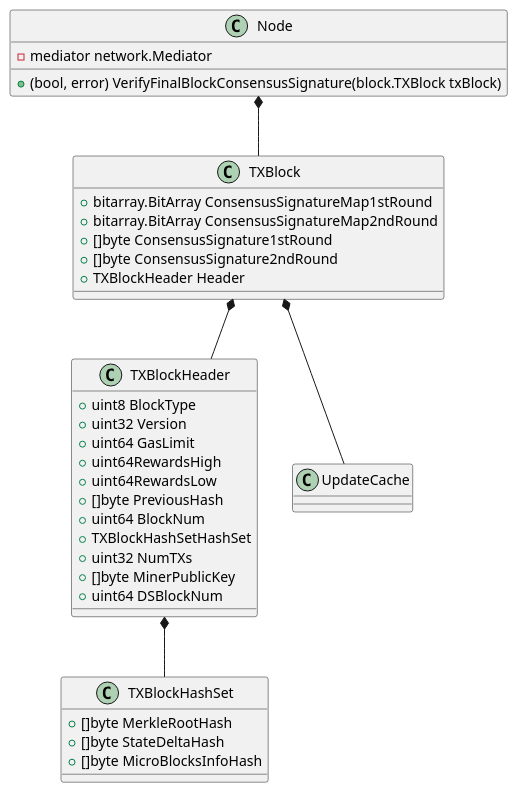
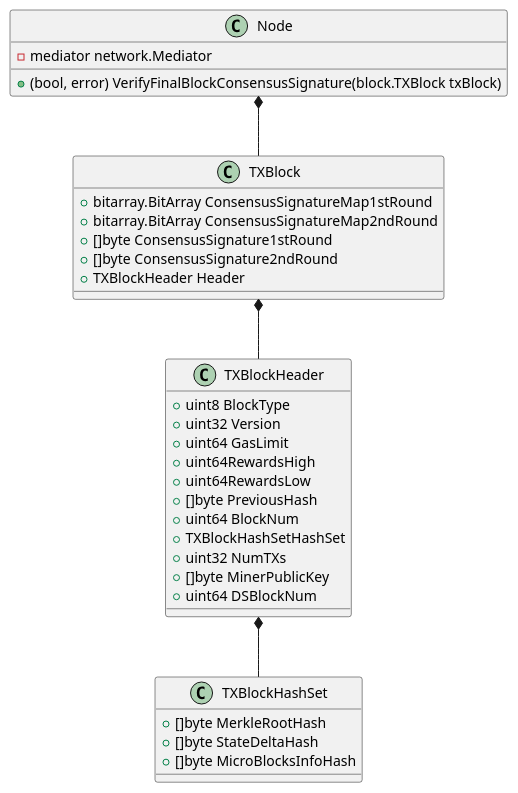
One commit to marciogualtieri/blockchain changed the diagram in uml/classes.plantuml. Above: the diagram before and after it, drawn with PlantUML.

Commit message:
Fixed class diagram

```diff
--- a/uml/classes.plantuml
+++ b/uml/classes.plantuml
@@ -1,39 +1,38 @@
 @startuml
 class Node {
     -mediator network.Mediator
     +(bool, error) VerifyFinalBlockConsensusSignature(block.TXBlock txBlock)
 }
 
 class TXBlock {
 	+bitarray.BitArray ConsensusSignatureMap1stRound
 	+bitarray.BitArray ConsensusSignatureMap2ndRound
 	+[]byte ConsensusSignature1stRound
 	+[]byte ConsensusSignature2ndRound
 	+TXBlockHeader Header
 }
 
 class TXBlockHashSet {
 	+[]byte MerkleRootHash
 	+[]byte StateDeltaHash
 	+[]byte MicroBlocksInfoHash
 }
 
 class TXBlockHeader {
 	+uint8 BlockType
 	+uint32 Version
 	+uint64 GasLimit
 	+uint64RewardsHigh
 	+uint64RewardsLow
 	+[]byte PreviousHash
 	+uint64 BlockNum
 	+TXBlockHashSetHashSet
 	+uint32 NumTXs
 	+[]byte MinerPublicKey
 	+uint64 DSBlockNum
 }
 
 Node *-- TXBlock
-TXBlock *-- UpdateCache
 TXBlock *-- TXBlockHeader
 TXBlockHeader *-- TXBlockHashSet
 @enduml
```
